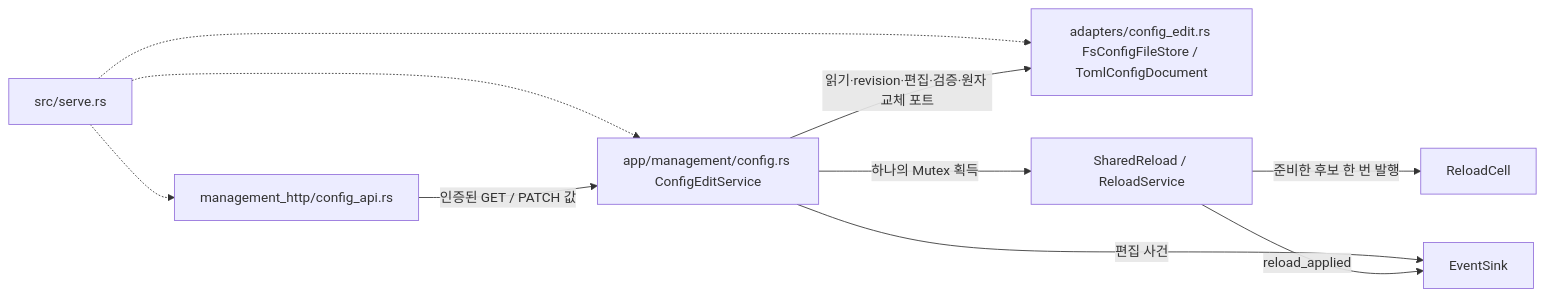
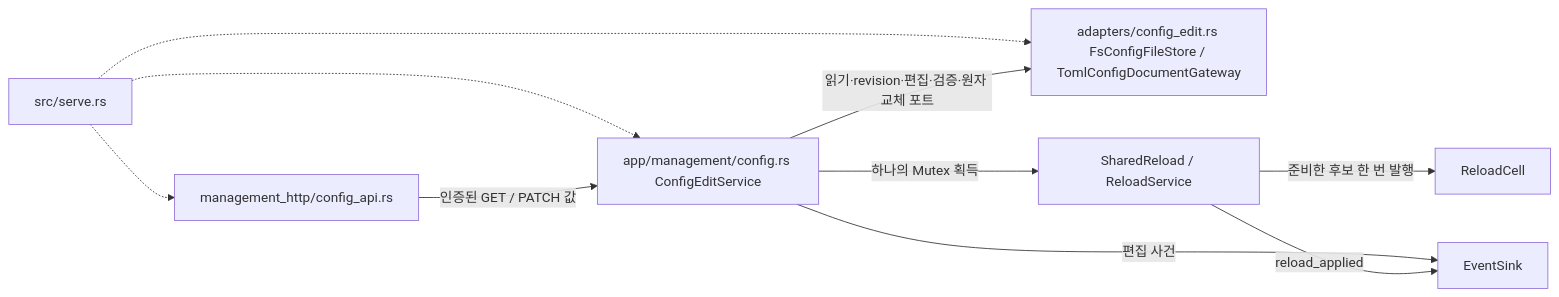
The diagram in docs/architectures/config-edit.md (kayden-kim/vnc-relay), drawn with Mermaid before and after one commit. The commit also changed other lines of this file and 59 other files, not shown here.

````diff
--- a/docs/architectures/config-edit.md
+++ b/docs/architectures/config-edit.md
@@ -30,12 +30,12 @@
 ```mermaid
 flowchart LR
     S["src/serve.rs"] -.-> H["management_http/config_api.rs"]
     S -.-> E["app/management/config.rs ConfigEditService"]
-    S -.-> F["adapters/config_edit.rs FsConfigFileStore / TomlConfigDocument"]
+    S -.-> F["adapters/config_edit.rs FsConfigFileStore / TomlConfigDocumentGateway"]
     H -->|"인증된 GET / PATCH 값"| E
     E -->|"하나의 Mutex 획득"| R["SharedReload / ReloadService"]
     E -->|"읽기·revision·편집·검증·원자 교체 포트"| F
     R -->|"준비한 후보 한 번 발행"| C["ReloadCell"]
     E -->|"편집 사건"| L["EventSink"]
     R -->|"reload_applied"| L
 ```
````
